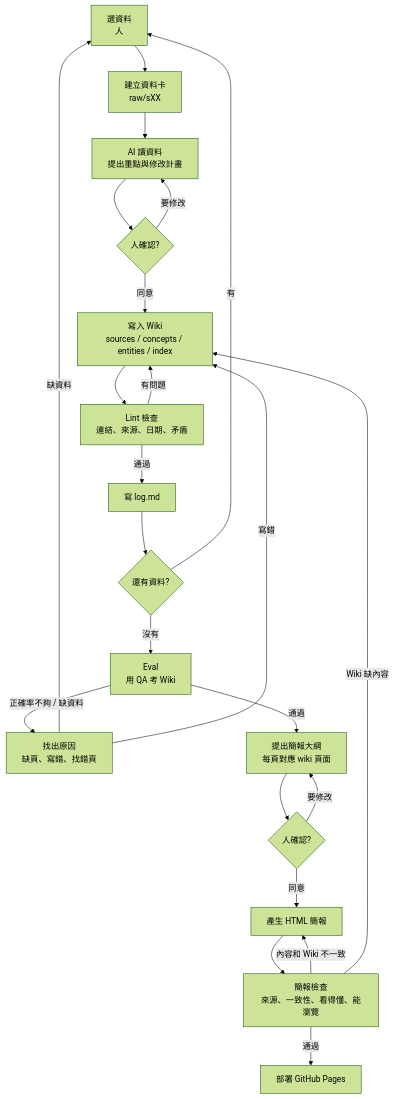
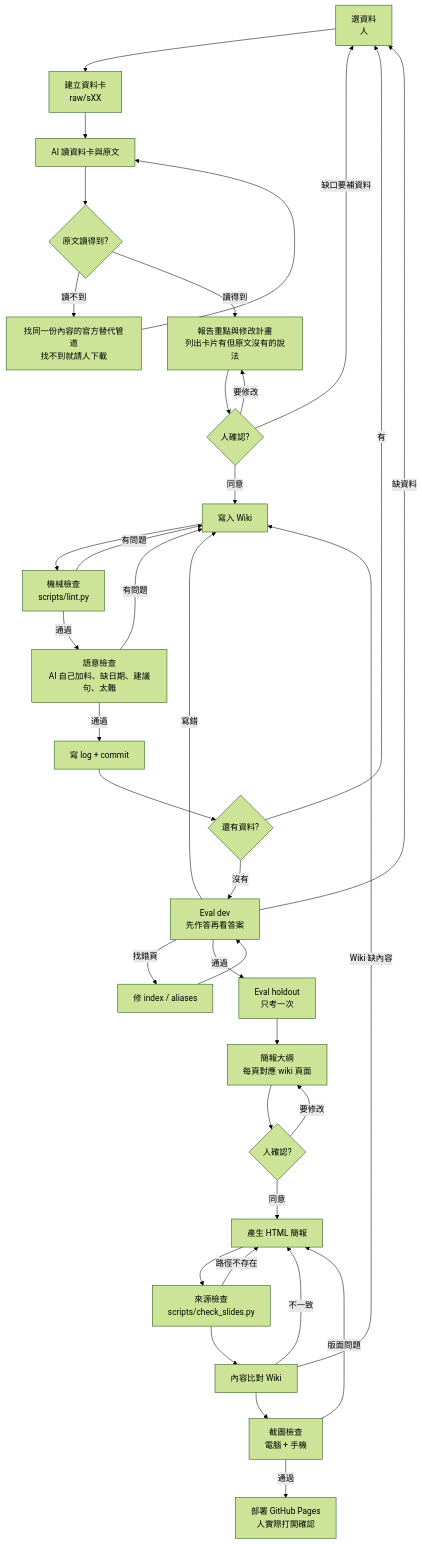
One commit to twl-Benchen/etf-wiki changed the diagram in docs/workflow.md. Above: the diagram before and after it, drawn with Mermaid (forest theme). The commit also changed other lines of this file and 11 other files, not shown here.

````diff
--- a/docs/workflow.md
+++ b/docs/workflow.md
@@ -7,25 +7,38 @@
 ```mermaid
 flowchart TD
     A[選資料<br/>人] --> B[建立資料卡<br/>raw/sXX]
-    B --> C[AI 讀資料<br/>提出重點與修改計畫]
-    C --> D{人確認?}
-    D -- 要修改 --> C
-    D -- 同意 --> E[寫入 Wiki<br/>sources / concepts / entities / index]
-    E --> F[Lint 檢查<br/>連結、來源、日期、矛盾]
-    F -- 有問題 --> E
-    F -- 通過 --> G[寫 log.md]
+    B --> C[AI 讀資料卡與原文]
+    C --> C1{原文讀得到?}
+    C1 -- 讀不到 --> C2[找同一份內容的官方替代管道<br/>找不到就請人下載]
+    C2 --> C
+    C1 -- 讀得到 --> C3[報告重點與修改計畫<br/>列出卡片有但原文沒有的說法]
+    C3 --> D{人確認?}
+    D -- 要修改 --> C3
+    D -- 缺口要補資料 --> A
+    D -- 同意 --> E[寫入 Wiki]
+    E --> F1[機械檢查<br/>scripts/lint.py]
+    F1 -- 有問題 --> E
+    F1 -- 通過 --> F2[語意檢查<br/>AI 自己加料、缺日期、建議句、太難]
+    F2 -- 有問題 --> E
+    F2 -- 通過 --> G[寫 log + commit]
     G --> H{還有資料?}
     H -- 有 --> A
-    H -- 沒有 --> I[Eval<br/>用 QA 考 Wiki]
-    I -- 正確率不夠 / 缺資料 --> J[找出原因<br/>缺頁、寫錯、找錯頁]
-    J -- 缺資料 --> A
-    J -- 寫錯 --> E
-    I -- 通過 --> K[提出簡報大綱<br/>每頁對應 wiki 頁面]
+    H -- 沒有 --> I[Eval dev<br/>先作答再看答案]
+    I -- 缺資料 --> A
+    I -- 寫錯 --> E
+    I -- 找錯頁 --> I2[修 index / aliases]
+    I2 --> I
+    I -- 通過 --> I3[Eval holdout<br/>只考一次]
+    I3 --> K[簡報大綱<br/>每頁對應 wiki 頁面]
     K --> L{人確認?}
     L -- 要修改 --> K
     L -- 同意 --> M[產生 HTML 簡報]
-    M --> N[簡報檢查<br/>來源、一致性、看得懂、能瀏覽]
-    N -- 內容和 Wiki 不一致 --> M
-    N -- Wiki 缺內容 --> E
-    N -- 通過 --> O[部署 GitHub Pages]
+    M --> N1[來源檢查<br/>scripts/check_slides.py]
+    N1 -- 路徑不存在 --> M
+    N1 --> N2[內容比對 Wiki]
+    N2 -- Wiki 缺內容 --> E
+    N2 -- 不一致 --> M
+    N2 --> N3[截圖檢查<br/>電腦 + 手機]
+    N3 -- 版面問題 --> M
+    N3 -- 通過 --> O[部署 GitHub Pages<br/>人實際打開確認]
 ```
````
